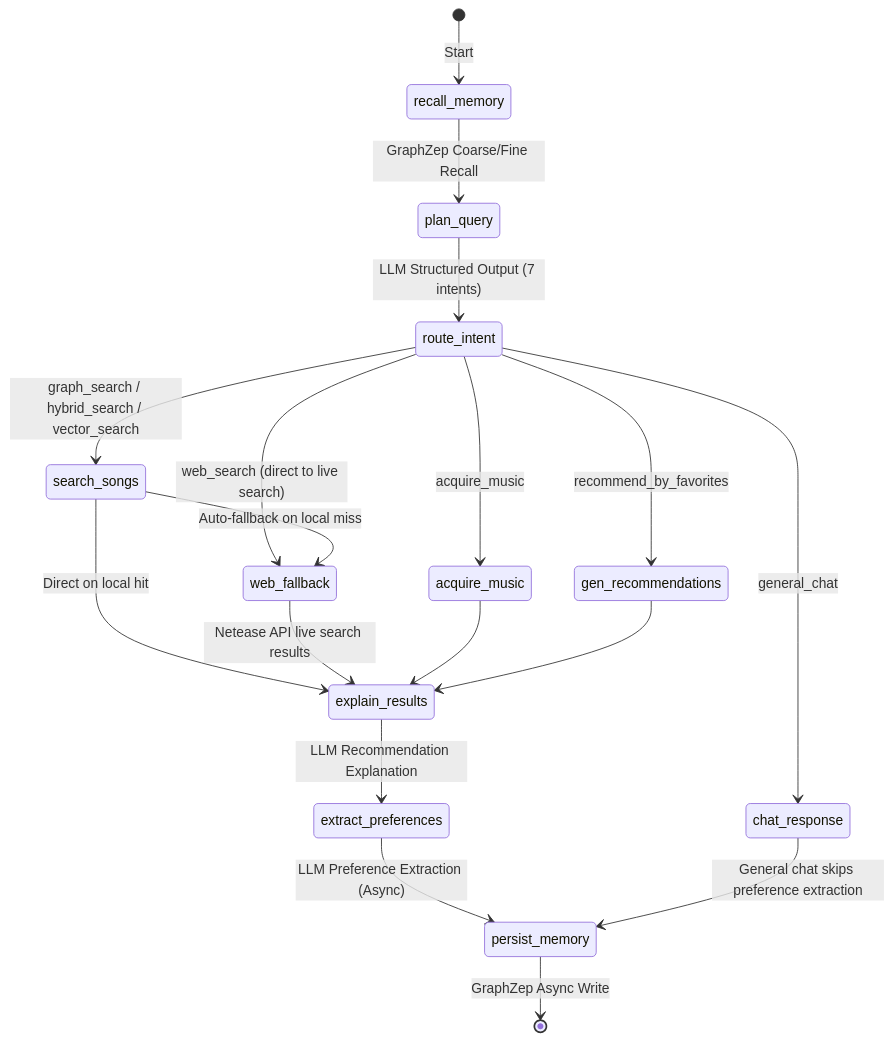
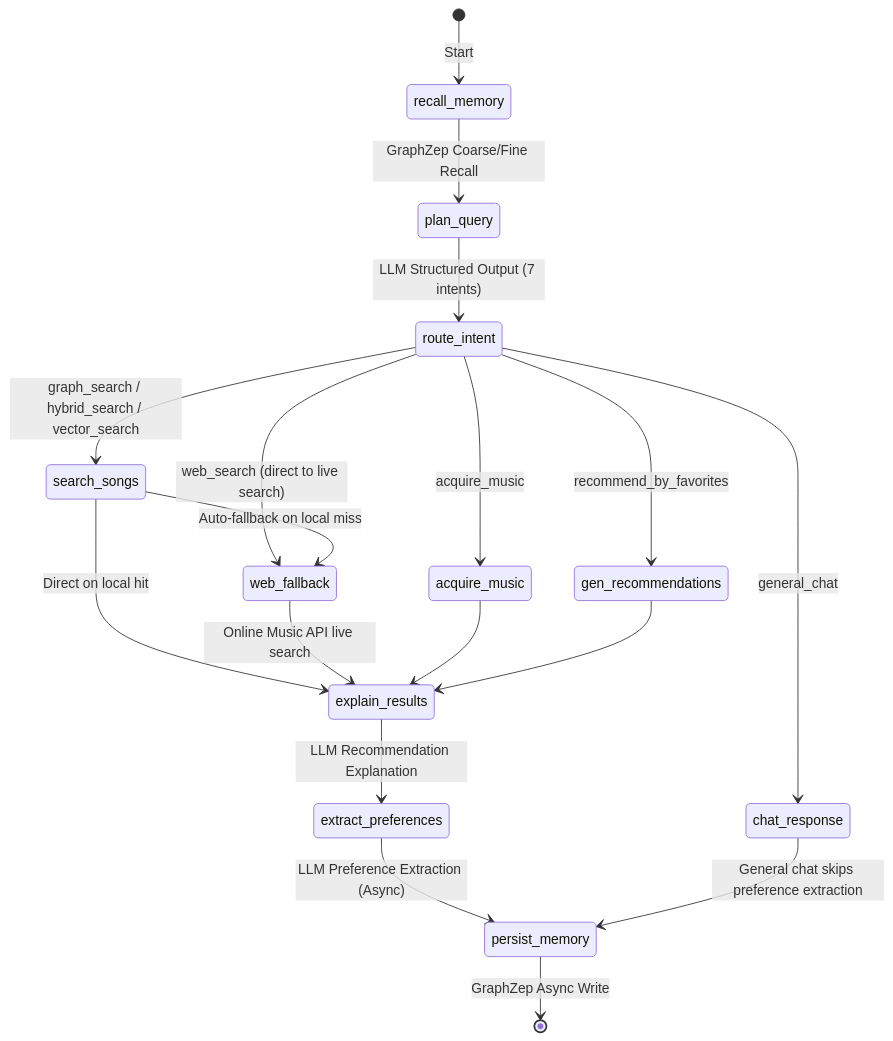
Before and after one commit to hgsanyang/SoulTuner-Agent: the first of 2 diagrams in README_EN.md, drawn with Mermaid. The commit also changed other lines of this file and 3 other files, not shown here.

````diff
--- a/README_EN.md
+++ b/README_EN.md
@@ -197,25 +197,25 @@
 ```mermaid
 stateDiagram-v2
     [*] --> recall_memory: Start
     recall_memory --> plan_query: GraphZep Coarse/Fine Recall
     plan_query --> route_intent: LLM Structured Output (7 intents)
 
     route_intent --> search_songs: graph_search / hybrid_search / vector_search
     route_intent --> web_fallback: web_search (direct to live search)
     route_intent --> chat_response: general_chat
     route_intent --> acquire_music: acquire_music
     route_intent --> gen_recommendations: recommend_by_favorites
 
     search_songs --> web_fallback: Auto-fallback on local miss
     search_songs --> explain_results: Direct on local hit
-    web_fallback --> explain_results: Netease API live search results
+    web_fallback --> explain_results: Online Music API live search
     acquire_music --> explain_results
     gen_recommendations --> explain_results
 
     explain_results --> extract_preferences: LLM Recommendation Explanation
     extract_preferences --> persist_memory: LLM Preference Extraction (Async)
 
     chat_response --> persist_memory: General chat skips preference extraction
 
     persist_memory --> [*]: GraphZep Async Write
 ```
````
